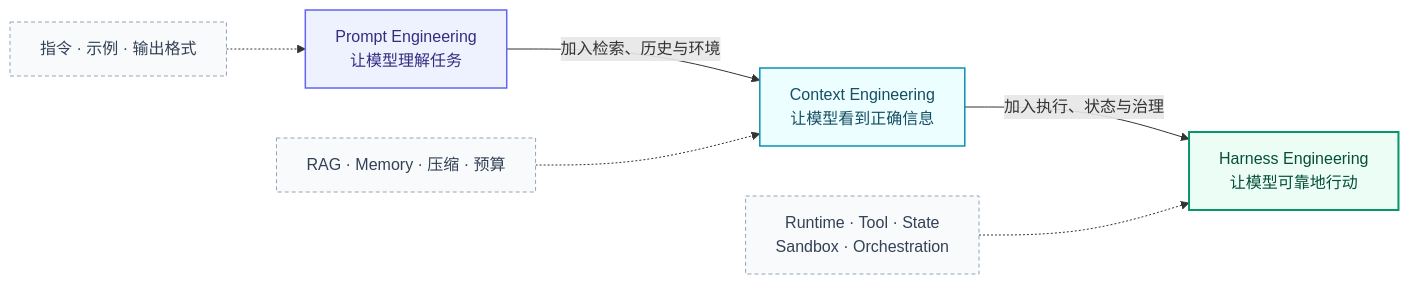
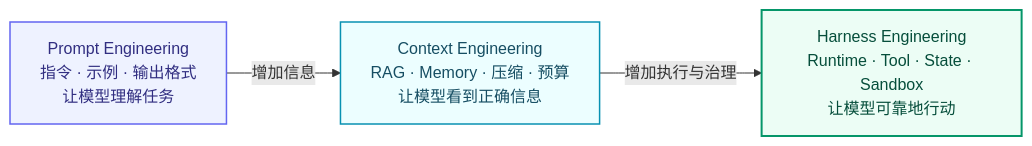
One commit to Kovember/Cool_boy changed the first of 4 diagrams in AG.md. Above: the diagram before and after it, drawn with Mermaid. The commit also changed other lines of this file and 1 other file, not shown here.

````diff
--- a/AG.md
+++ b/AG.md
@@ -97,22 +97,15 @@
 ```mermaid
 flowchart LR
-    P["Prompt Engineering<br/>让模型理解任务"]
-    C["Context Engineering<br/>让模型看到正确信息"]
-    H["Harness Engineering<br/>让模型可靠地行动"]
+    P["Prompt Engineering<br/>指令 · 示例 · 输出格式<br/>让模型理解任务"]
+    C["Context Engineering<br/>RAG · Memory · 压缩 · 预算<br/>让模型看到正确信息"]
+    H["Harness Engineering<br/>Runtime · Tool · State · Sandbox<br/>让模型可靠地行动"]
 
-    P -->|"加入检索、历史与环境"| C
-    C -->|"加入执行、状态与治理"| H
-
-    P1["指令 · 示例 · 输出格式"] -.-> P
-    C1["RAG · Memory · 压缩 · 预算"] -.-> C
-    H1["Runtime · Tool · State<br/>Sandbox · Orchestration"] -.-> H
+    P -->|"增加信息"| C -->|"增加执行与治理"| H
 
     classDef prompt fill:#EEF2FF,stroke:#6366F1,color:#312E81,stroke-width:1.5px;
     classDef context fill:#ECFEFF,stroke:#0891B2,color:#164E63,stroke-width:1.5px;
     classDef harness fill:#ECFDF5,stroke:#059669,color:#064E3B,stroke-width:2px;
-    classDef note fill:#F8FAFC,stroke:#94A3B8,color:#334155,stroke-dasharray:4 3;
     class P prompt;
     class C context;
     class H harness;
-    class P1,C1,H1 note;
 ```
````
